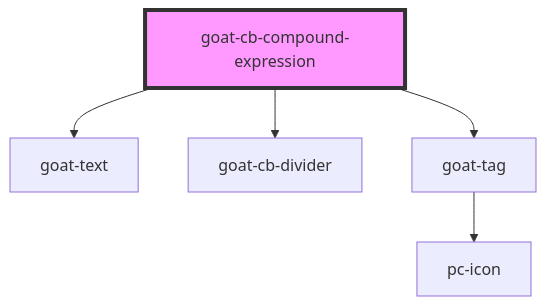
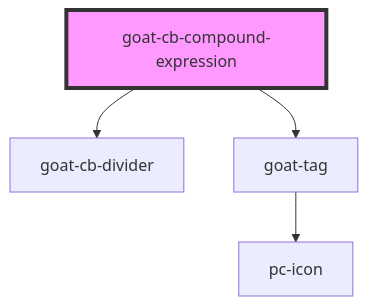
One commit to redvars/peacock changed the diagram in src/components/application/condition-builder/cb-compound-expression/readme.md. Above: the diagram before and after it, drawn with Mermaid. The commit also changed other lines of this file and 280 other files, not shown here.

````diff
--- a/src/components/application/condition-builder/cb-compound-expression/readme.md
+++ b/src/components/application/condition-builder/cb-compound-expression/readme.md
@@ -26,8 +25,7 @@
 ```mermaid
 graph TD;
-  goat-cb-compound-expression --> goat-text
   goat-cb-compound-expression --> goat-cb-divider
   goat-cb-compound-expression --> goat-tag
   goat-tag --> pc-icon
   style goat-cb-compound-expression fill:#f9f,stroke:#333,stroke-width:4px
 ```
````
